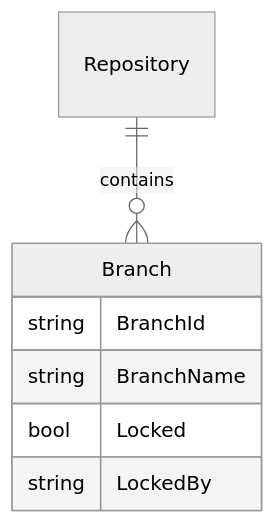
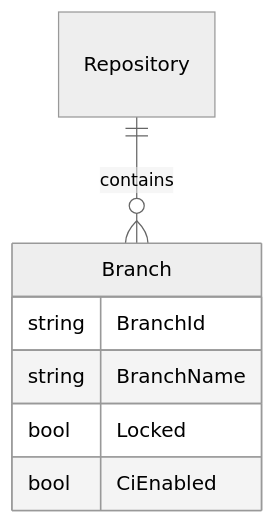
The third of 6 diagrams in docs/domain-diagram.md (jgitkins/jgitkins-server), drawn with Mermaid (neutral theme) before and after one commit. The commit also changed 42 other files, not shown here.

````diff
--- a/docs/domain-diagram.md
+++ b/docs/domain-diagram.md
@@ -38,10 +38,10 @@
 ```mermaid
 erDiagram
     Repository ||--o{ Branch : contains
     Branch {
         string BranchId
         string BranchName
         bool Locked
-        string LockedBy
+        bool CiEnabled
     }
 ```
````
